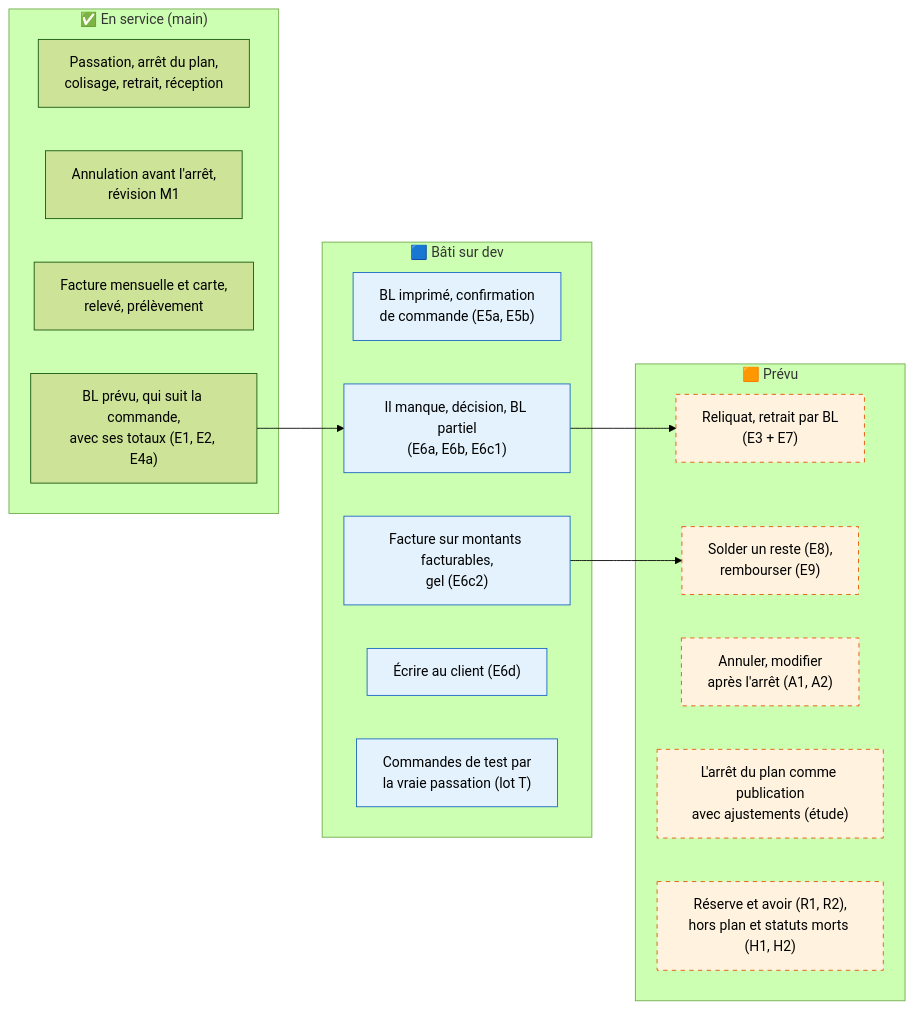
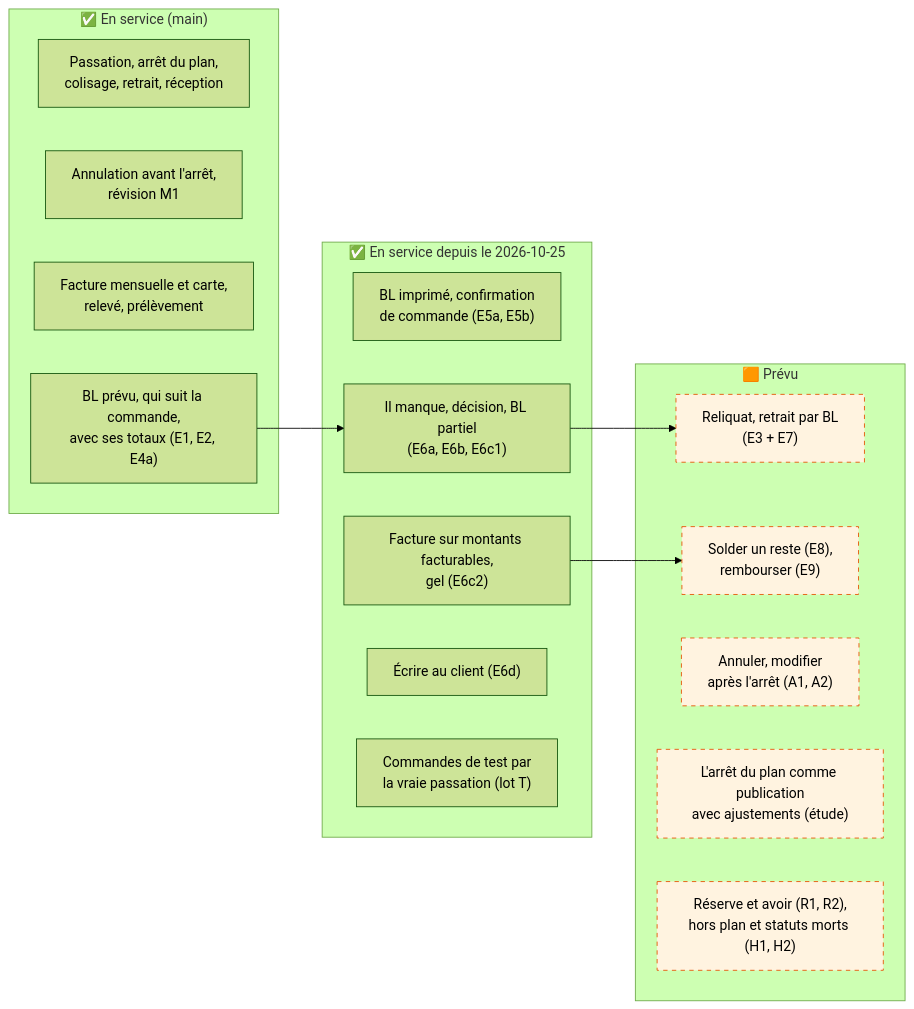
One commit to hugoheynard/lfd changed diagram 11 of 11 in documentation/commandes/parcours-complet.md. Above: the diagram before and after it, drawn with Mermaid (forest theme). The commit also changed other lines of this file and 1 other file, not shown here.

First line of the commit message:
docs(commandes): le parcours dit ce qui est en production depuis ce matin

````diff
--- a/documentation/commandes/parcours-complet.md
+++ b/documentation/commandes/parcours-complet.md
@@ -439,27 +440,27 @@
 ```mermaid
 flowchart LR
     subgraph Service["✅ En service (main)"]
         P1["Passation, arrêt du plan,<br/>colisage, retrait, réception"]
         P2["Annulation avant l'arrêt,<br/>révision M1"]
         P3["Facture mensuelle et carte,<br/>relevé, prélèvement"]
         B1["BL prévu, qui suit la commande,<br/>avec ses totaux (E1, E2, E4a)"]
     end
-    subgraph Dev["🟦 Bâti sur dev"]
-        D1["BL imprimé, confirmation<br/>de commande (E5a, E5b)"]:::bati
-        D2["Il manque, décision, BL partiel<br/>(E6a, E6b, E6c1)"]:::bati
-        D3["Facture sur montants facturables,<br/>gel (E6c2)"]:::bati
-        D4["Écrire au client (E6d)"]:::bati
-        D5["Commandes de test par<br/>la vraie passation (lot T)"]:::bati
+    subgraph Dev["✅ En service depuis le 2026-10-25"]
+        D1["BL imprimé, confirmation<br/>de commande (E5a, E5b)"]
+        D2["Il manque, décision, BL partiel<br/>(E6a, E6b, E6c1)"]
+        D3["Facture sur montants facturables,<br/>gel (E6c2)"]
+        D4["Écrire au client (E6d)"]
+        D5["Commandes de test par<br/>la vraie passation (lot T)"]
     end
     subgraph Reste["🟧 Prévu"]
         R1["Reliquat, retrait par BL<br/>(E3 + E7)"]:::prevu
         R2["Solder un reste (E8),<br/>rembourser (E9)"]:::prevu
         R3["Annuler, modifier<br/>après l'arrêt (A1, A2)"]:::prevu
         R4["L'arrêt du plan comme publication<br/>avec ajustements (étude)"]:::prevu
         R5["Réserve et avoir (R1, R2),<br/>hors plan et statuts morts (H1, H2)"]:::prevu
     end
     B1 --> D2 --> R1
     D3 --> R2
     classDef bati fill:#e3f2fd,stroke:#1565c0
     classDef prevu fill:#fff3e0,stroke:#e65100,stroke-dasharray: 5 5
 ```
````
